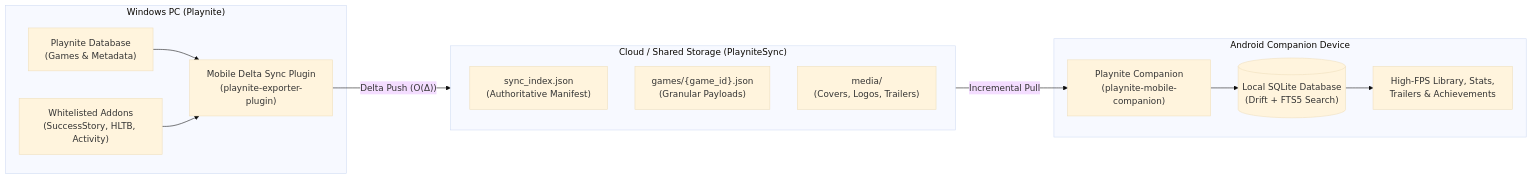
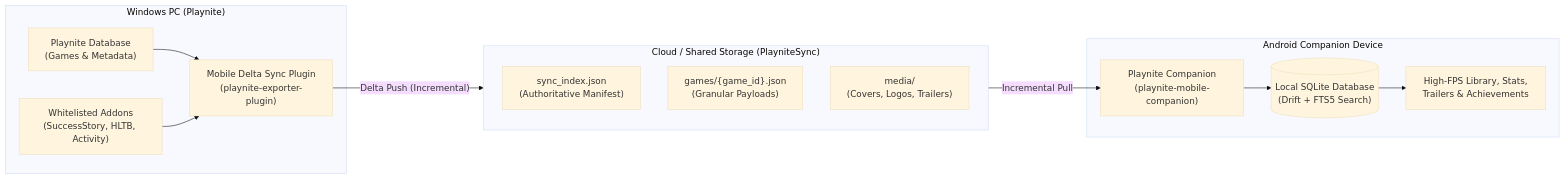
One commit to Adithya-Jayan/playnite-mobile-companion changed the diagram in README.md. Above: the diagram before and after it, drawn with Mermaid (base theme). The commit also changed other lines of this file and 2 other files, not shown here.

Commit message:
docs: replace raw LaTeX math formatting with clean GitHub markdown

````diff
--- a/README.md
+++ b/README.md
@@ -70,27 +70,27 @@
 ```mermaid
 flowchart LR
     subgraph Desktop["Windows PC (Playnite)"]
         PlayniteCore["Playnite Database\n(Games & Metadata)"]
         Addons["Whitelisted Addons\n(SuccessStory, HLTB, Activity)"]
         Exporter["Mobile Delta Sync Plugin\n(playnite-exporter-plugin)"]
         PlayniteCore --> Exporter
         Addons --> Exporter
     end
 
     subgraph Storage["Cloud / Shared Storage (PlayniteSync)"]
         SyncIndex["sync_index.json\n(Authoritative Manifest)"]
         Games["games/{game_id}.json\n(Granular Payloads)"]
         Media["media/\n(Covers, Logos, Trailers)"]
     end
 
     subgraph Mobile["Android Companion Device"]
         MobileApp["Playnite Companion\n(playnite-mobile-companion)"]
         SQLite[("Local SQLite Database\n(Drift + FTS5 Search)")]
         UI["High-FPS Library, Stats,\nTrailers & Achievements"]
         MobileApp --> SQLite
         SQLite --> UI
     end
 
-    Exporter -- "Delta Push (O(Δ))" --> Storage
+    Exporter -- "Delta Push (Incremental)" --> Storage
     Storage -- "Incremental Pull" --> MobileApp
 ```
````
